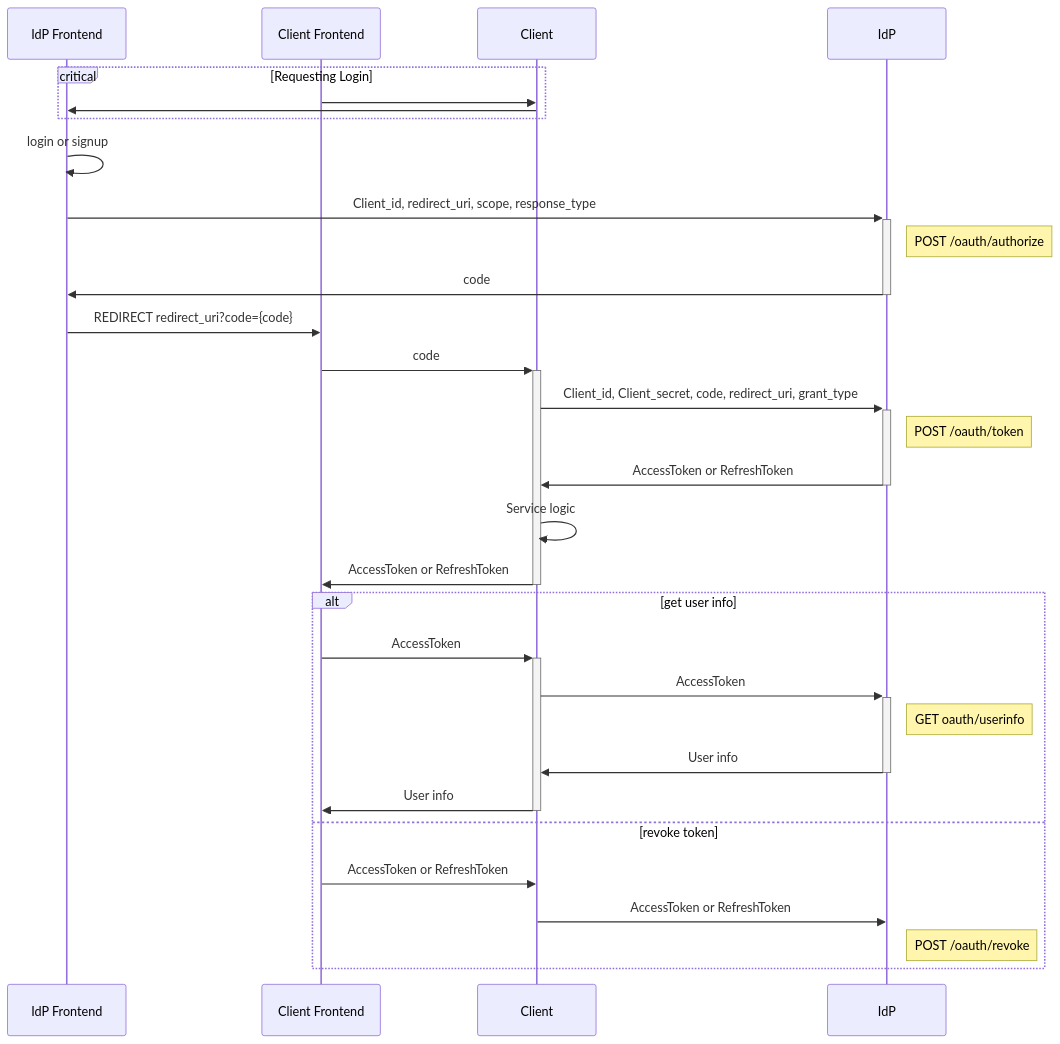
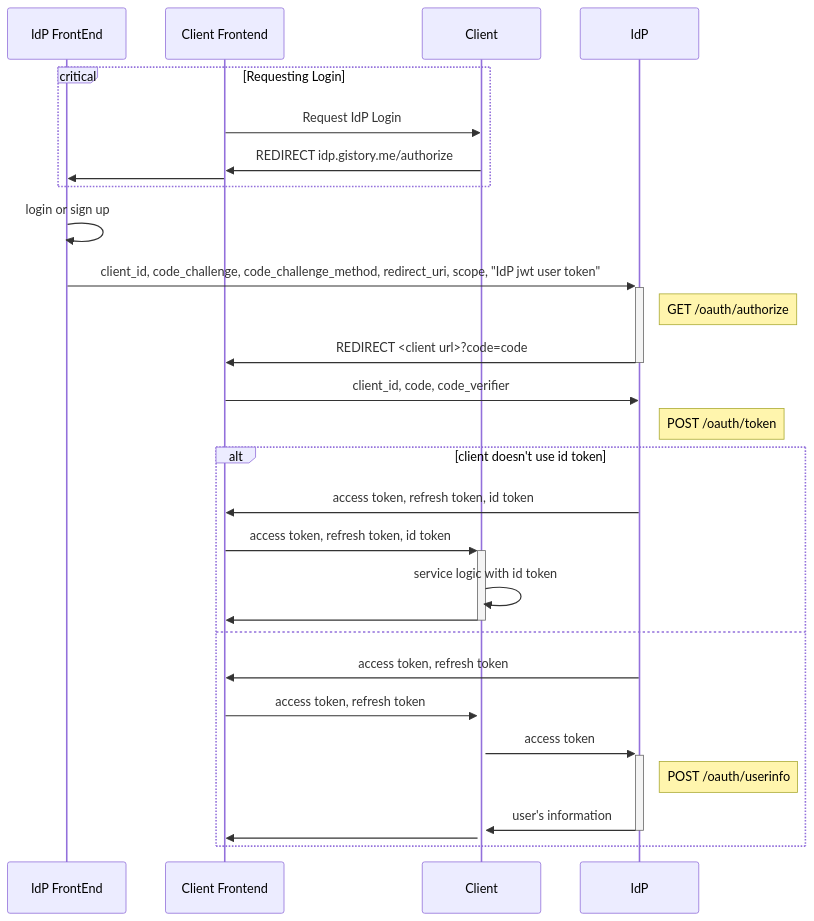
Before and after one commit to gsainfoteam/idp-be: the diagram in README.md, drawn with Mermaid. The commit also changed other lines of this file, not shown here.

Commit message:
update: mermaid

````diff
--- a/README.md
+++ b/README.md
@@ -32,33 +35,37 @@
 ```mermaid
 sequenceDiagram
-participant IdP Frontend
-participant Client Frontend
+participant IdPFe as IdP FrontEnd
+participant ClientFe as Client Frontend
 participant Client
 participant IdP
+
 critical Requesting Login
-  Client Frontend ->> Client: 
-  Client ->> IdP Frontend: 
+  ClientFe ->> Client: Request IdP Login
+  Client ->> ClientFe: REDIRECT idp.gistory.me/authorize
+  ClientFe ->> IdPFe: 
 end
-IdP Frontend ->> IdP Frontend: login or signup
-IdP Frontend ->>+ IdP: Client_id, redirect_uri, scope, response_type
-note right of IdP: POST /oauth/authorize
-IdP ->>- IdP Frontend: code
-IdP Frontend ->> Client Frontend: REDIRECT redirect_uri?code={code}
-Client Frontend->>+ Client: code
-Client ->>+ IdP: Client_id, Client_secret, code, redirect_uri, grant_type
+
+IdPFe ->> IdPFe: login or sign up
+
+IdPFe ->>+ IdP: client_id, code_challenge, code_challenge_method, redirect_uri, scope, "IdP jwt user token"
+note right of IdP: GET /oauth/authorize
+IdP ->>- ClientFe: REDIRECT <client url>?code=code
+
+ClientFe ->> IdP: client_id, code, code_verifier
 note right of IdP: POST /oauth/token
-IdP ->>- Client: AccessToken or RefreshToken
-Client ->> Client: Service logic
-Client ->>- Client Frontend: AccessToken or RefreshToken 
-alt get user info
-  Client Frontend ->>+ Client: AccessToken
-  Client ->>+ IdP: AccessToken
-  note right of IdP: GET oauth/userinfo
-  IdP ->>- Client: User info
-  Client ->>- Client Frontend: User info
-else revoke token
-  Client Frontend ->> Client: AccessToken or RefreshToken
-  Client ->> IdP: AccessToken or RefreshToken
-  note right of IdP: POST /oauth/revoke
+
+alt client doesn't use id token
+  IdP ->> ClientFe: access token, refresh token, id token
+  ClientFe ->>+ Client: access token, refresh token, id token
+  Client ->> Client: service logic with id token
+  Client ->>- ClientFe: 
+else  
+  IdP ->> ClientFe: access token, refresh token
+  ClientFe ->>+ Client: access token, refresh token
+  Client ->>+ IdP: access token
+  note right of IdP: POST /oauth/userinfo
+  IdP ->>- Client: user's information
+  Client ->> ClientFe: 
 end
+
 ```
````
